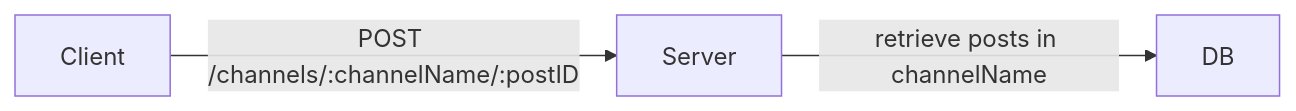
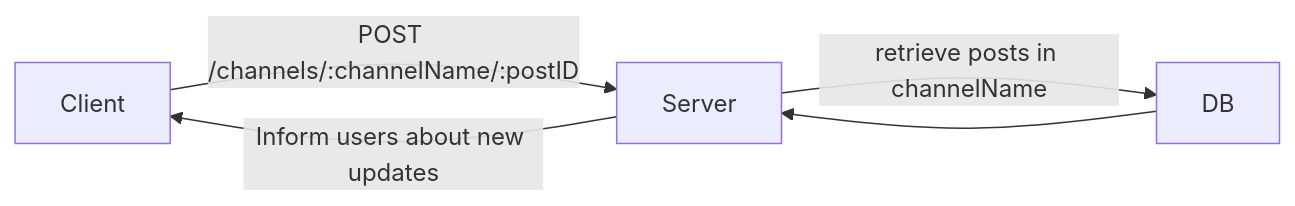
Before and after one commit to fractal-bootcamp/fundamentals-drills: the third of 3 diagrams in system-design/design.md, drawn with Mermaid.

Commit message:
fix: Add loopback

````diff
--- a/system-design/design.md
+++ b/system-design/design.md
@@ -69,6 +69,9 @@
 ```mermaid
 graph LR;
     Client--"POST /channels/:channelName/:postID"-->Server;
     
     Server--"retrieve posts in channelName"-->DB
+    
+    DB --> Server
+    Server --"Inform users about new updates"-->Client
 ```
````
